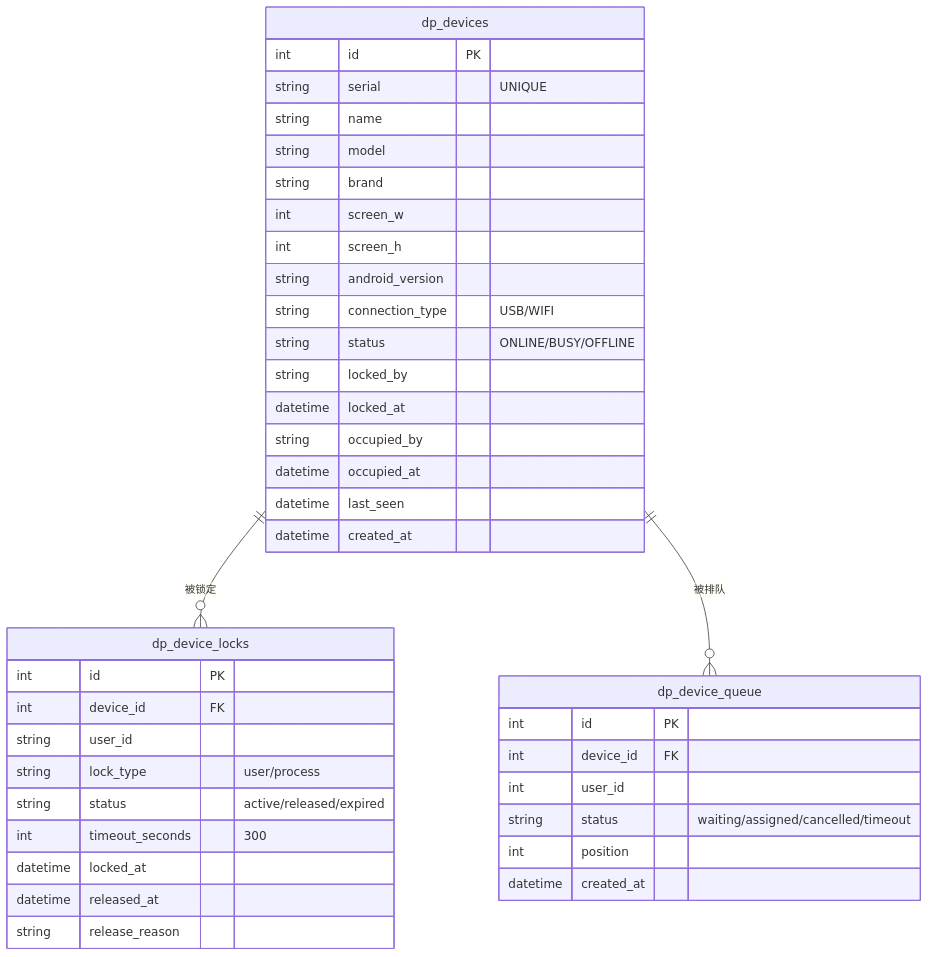
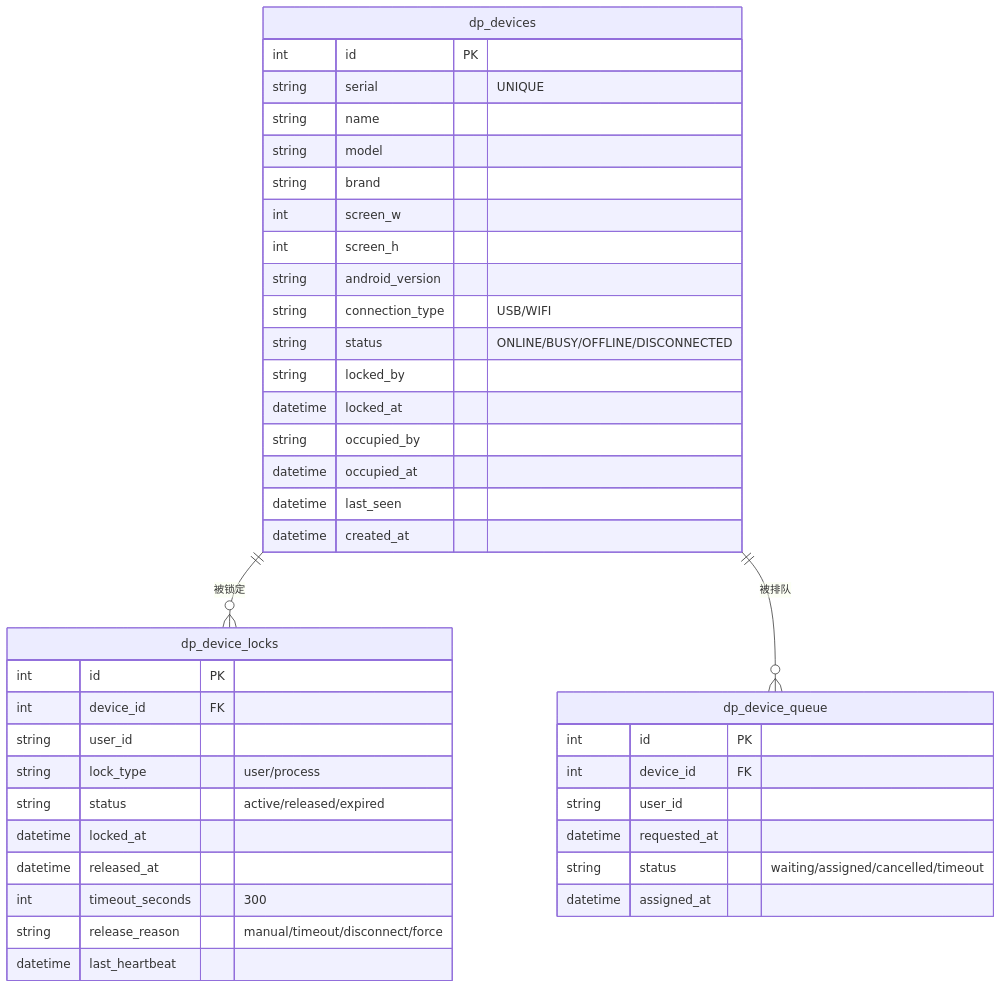
Before and after one commit to Kahoku-lazy/Android-AutoTests: the fifth of 6 diagrams in dev_docs/03-设计与架构/ARCH-02-设备管理.md, drawn with Mermaid. The commit also changed other lines of this file and 77 other files, not shown here.

````diff
--- a/dev_docs/03-设计与架构/ARCH-02-设备管理.md
+++ b/dev_docs/03-设计与架构/ARCH-02-设备管理.md
@@ -188,45 +306,46 @@
 ```mermaid
 erDiagram
     dp_devices ||--o{ dp_device_locks : "被锁定"
     dp_devices ||--o{ dp_device_queue : "被排队"
 
     dp_devices {
         int id PK
         string serial "UNIQUE"
         string name
         string model
         string brand
         int screen_w
         int screen_h
         string android_version
         string connection_type "USB/WIFI"
-        string status "ONLINE/BUSY/OFFLINE"
+        string status "ONLINE/BUSY/OFFLINE/DISCONNECTED"
         string locked_by
         datetime locked_at
         string occupied_by
         datetime occupied_at
         datetime last_seen
         datetime created_at
     }
 
     dp_device_locks {
         int id PK
         int device_id FK
         string user_id
         string lock_type "user/process"
         string status "active/released/expired"
-        int timeout_seconds "300"
         datetime locked_at
         datetime released_at
-        string release_reason
+        int timeout_seconds "300"
+        string release_reason "manual/timeout/disconnect/force"
+        datetime last_heartbeat
     }
 
     dp_device_queue {
         int id PK
         int device_id FK
-        int user_id
+        string user_id
+        datetime requested_at
         string status "waiting/assigned/cancelled/timeout"
-        int position
-        datetime created_at
+        datetime assigned_at
     }
 ```
````
